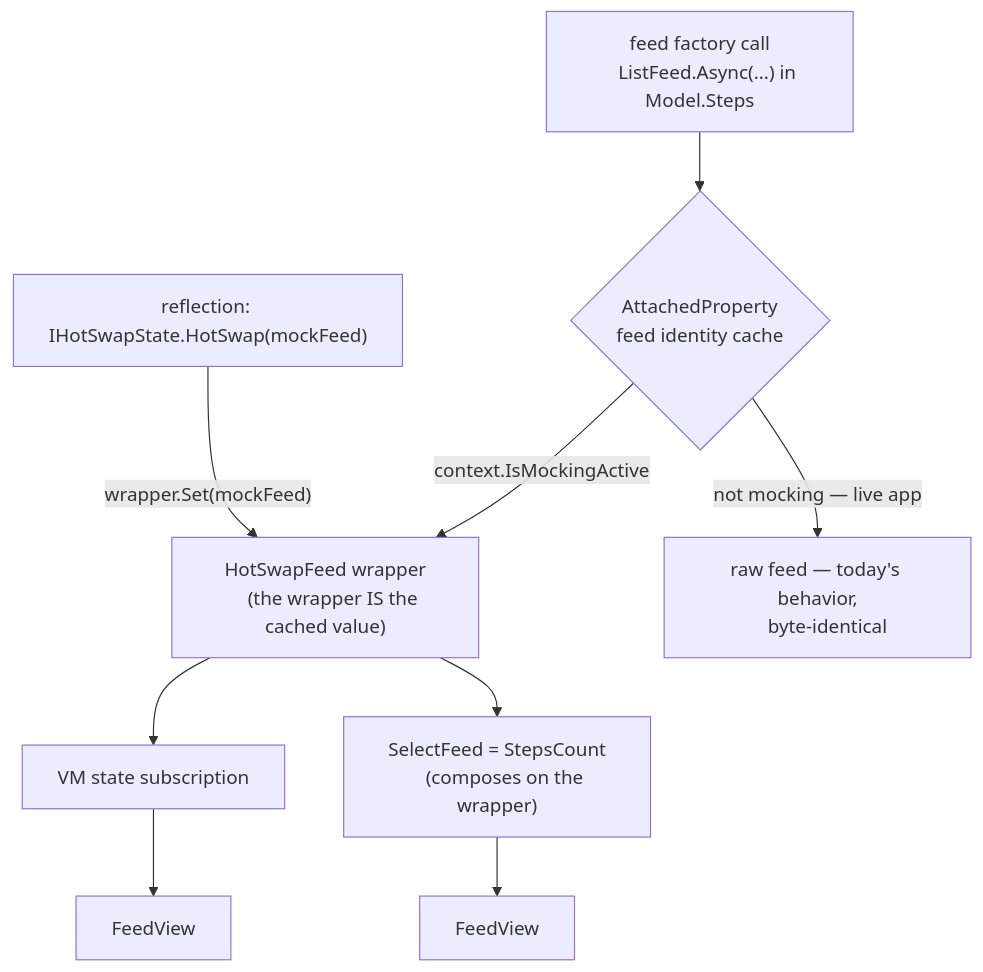
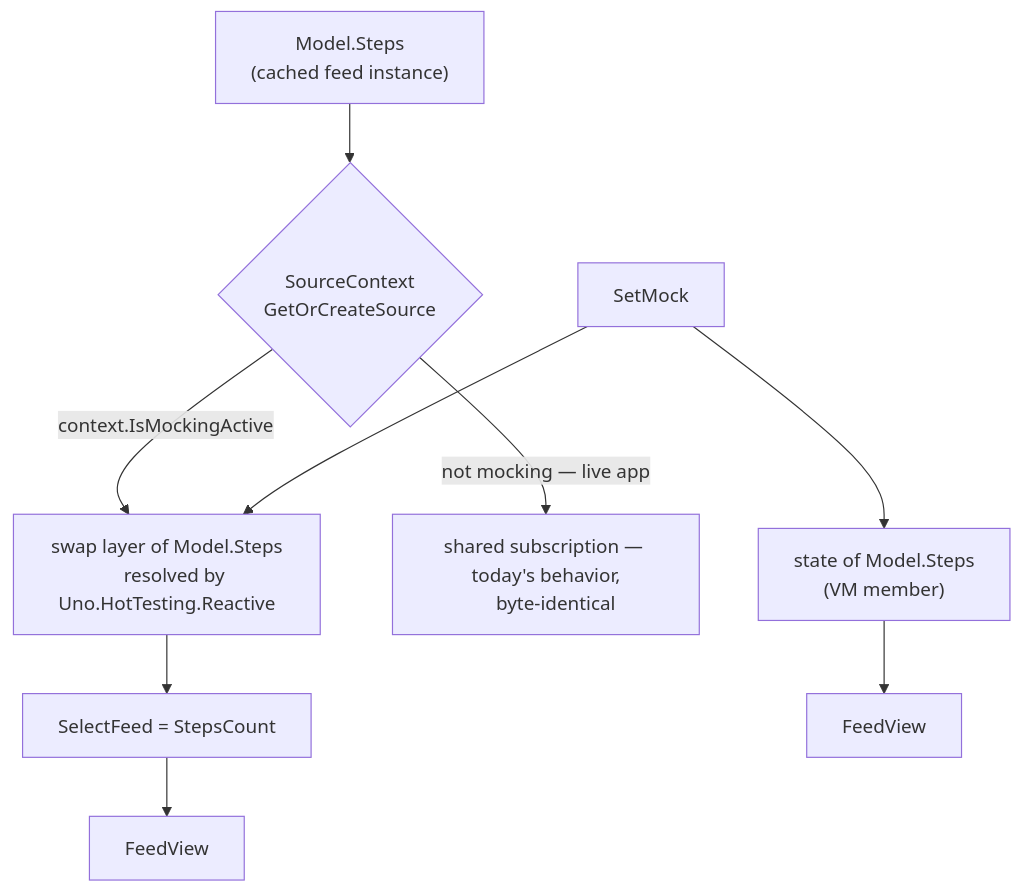
The first of 2 diagrams in specs/013-mvux-mocking-previews/architecture.md (unoplatform/uno.extensions), drawn with Mermaid before and after one commit. The commit also changed other lines of this file and 3 other files, not shown here.

First line of the commit message:
docs(specs): describe the swap layer the mocking package resolves for derived feeds

````diff
--- a/specs/013-mvux-mocking-previews/architecture.md
+++ b/specs/013-mvux-mocking-previews/architecture.md
@@ -30,16 +35,17 @@
 ```mermaid
 flowchart TB
-    F["feed factory call
-    ListFeed.Async(...) in Model.Steps"] --> C{"AttachedProperty
-    feed identity cache"}
-    C -->|context.IsMockingActive| W["HotSwapFeed wrapper
-    (the wrapper IS the cached value)"]
-    C -->|not mocking — live app| RAW["raw feed — today's behavior,
+    F["Model.Steps
+    (cached feed instance)"] --> S{"SourceContext
+    GetOrCreateSource"}
+    S -->|context.IsMockingActive| L["swap layer of Model.Steps
+    resolved by Uno.HotTesting.Reactive"]
+    S -->|not mocking — live app| RAW["shared subscription — today's behavior,
     byte-identical"]
-    W --> VMS["VM state subscription"]
-    W --> SEL["SelectFeed = StepsCount
-    (composes on the wrapper)"]
-    SWAP["reflection: IHotSwapState.HotSwap(mockFeed)"] -->|"wrapper.Set(mockFeed)"| W
+    L --> SEL["SelectFeed = StepsCount"]
+    ST["state of Model.Steps
+    (VM member)"]
+    SWAP["SetMock"] --> L
+    SWAP --> ST
     SEL --> UI2["FeedView"]
-    VMS --> UI1["FeedView"]
+    ST --> UI1["FeedView"]
 ```
````
